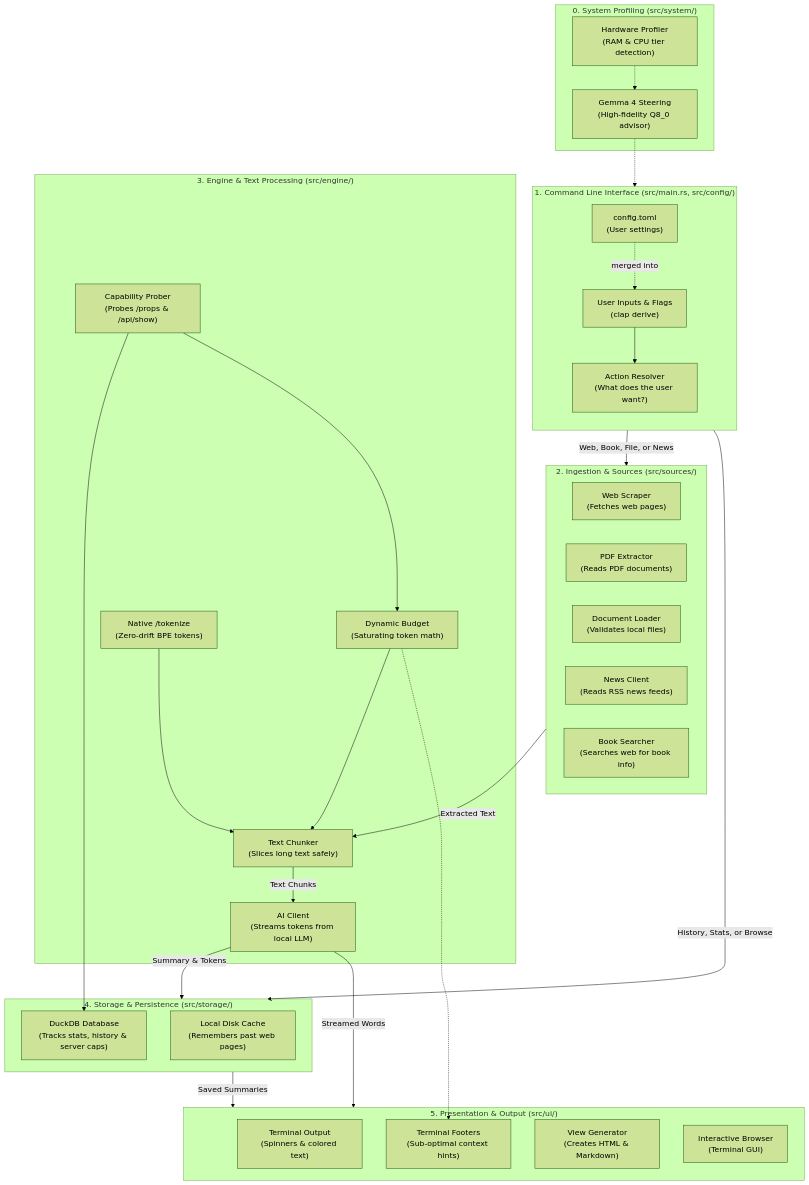
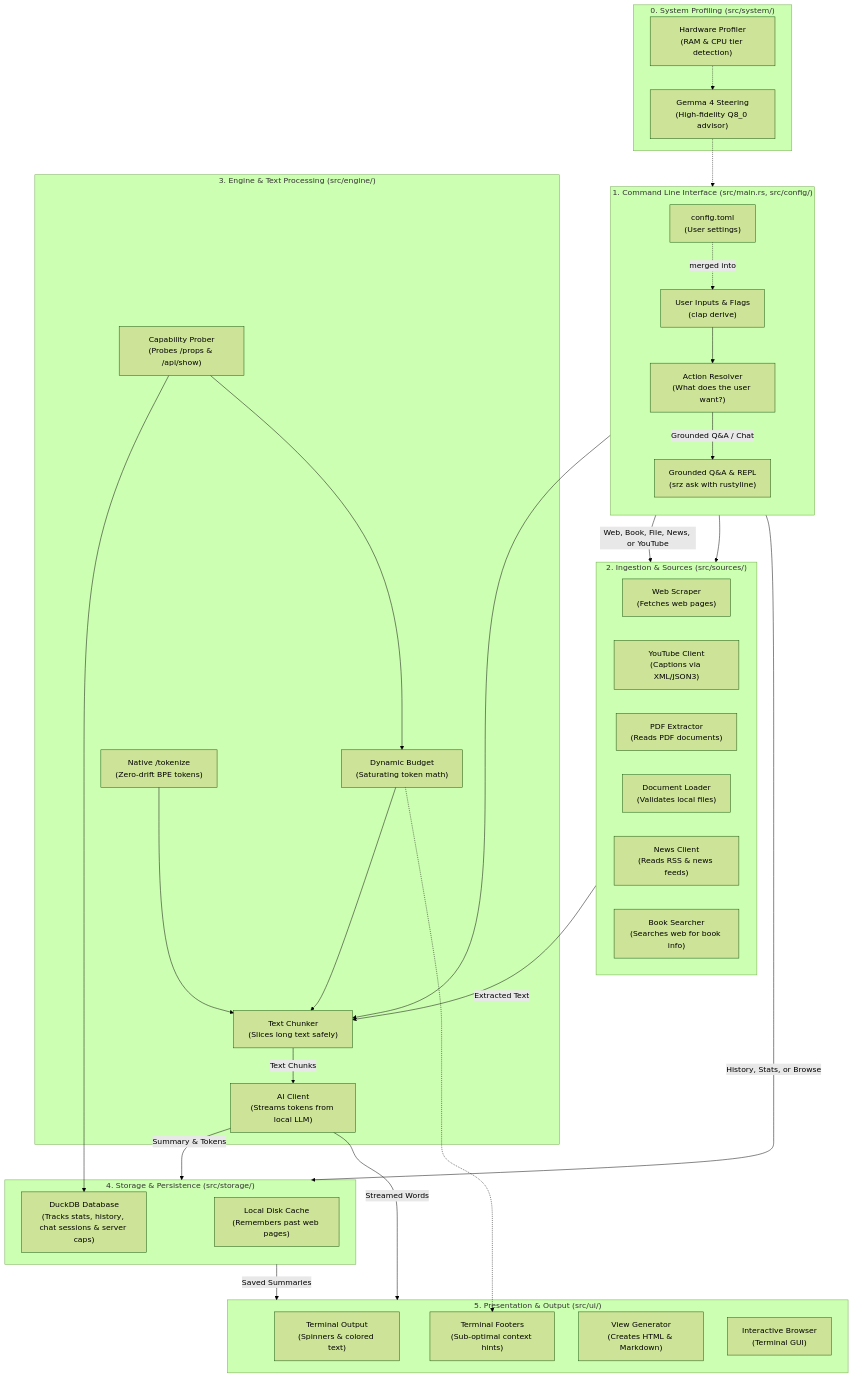
One commit to NewGuy012/srz changed the first of 3 diagrams in docs/src/rust_learning_guide.md. Above: the diagram before and after it, drawn with Mermaid (forest theme). The commit also changed other lines of this file, not shown here.

Commit message:
docs: update rust learning guide to sync with srz v0.7.1 architecture and code

````diff
--- a/docs/src/rust_learning_guide.md
+++ b/docs/src/rust_learning_guide.md
@@ -760,55 +787,60 @@
 ```mermaid
 flowchart TD
     subgraph System ["0. System Profiling (src/system/)"]
         Hw["Hardware Profiler<br/>(RAM & CPU tier detection)"]
         GemmaSteering["Gemma 4 Steering<br/>(High-fidelity Q8_0 advisor)"]
     end
 
     subgraph CLI ["1. Command Line Interface (src/main.rs, src/config/)"]
         direction TB
         Args["User Inputs & Flags<br/>(clap derive)"] --> Resolver["Action Resolver<br/>(What does the user want?)"]
         ConfigFile["config.toml<br/>(User settings)"] -. merged into .-> Args
+        AskFlow["Grounded Q&A & REPL<br/>(srz ask with rustyline)"]
     end
 
     subgraph Sources ["2. Ingestion & Sources (src/sources/)"]
         WebScraper["Web Scraper<br/>(Fetches web pages)"]
+        YouTube["YouTube Client<br/>(Captions via XML/JSON3)"]
         PdfExtractor["PDF Extractor<br/>(Reads PDF documents)"]
         DocLoader["Document Loader<br/>(Validates local files)"]
-        NewsClient["News Client<br/>(Reads RSS news feeds)"]
+        NewsClient["News Client<br/>(Reads RSS & news feeds)"]
         Searcher["Book Searcher<br/>(Searches web for book info)"]
     end
 
     subgraph Engine ["3. Engine & Text Processing (src/engine/)"]
         Discovery["Capability Prober<br/>(Probes /props & /api/show)"]
         BudgetEngine["Dynamic Budget<br/>(Saturating token math)"]
         NativeTokenize["Native /tokenize<br/>(Zero-drift BPE tokens)"]
         Chunker["Text Chunker<br/>(Slices long text safely)"]
         LLM["AI Client<br/>(Streams tokens from local LLM)"]
     end
 
     subgraph Storage ["4. Storage & Persistence (src/storage/)"]
         Cache["Local Disk Cache<br/>(Remembers past web pages)"]
-        DB["DuckDB Database<br/>(Tracks stats, history & server caps)"]
+        DB["DuckDB Database<br/>(Tracks stats, history, chat sessions & server caps)"]
     end
 
     subgraph UI ["5. Presentation & Output (src/ui/)"]
         Printer["Terminal Output<br/>(Spinners & colored text)"]
         Hints["Terminal Footers<br/>(Sub-optimal context hints)"]
         Render["View Generator<br/>(Creates HTML & Markdown)"]
         TUI["Interactive Browser<br/>(Terminal GUI)"]
     end
 
     Hw -.-> GemmaSteering -.-> Resolver
-    Resolver -->|"Web, Book, File, or News"| Sources
+    Resolver -->|"Web, Book, File, News, or YouTube"| Sources
+    Resolver -->|"Grounded Q&A / Chat"| AskFlow
+    AskFlow --> Sources
+    AskFlow --> Chunker
     Sources -->|"Extracted Text"| Chunker
     Discovery --> DB
     Discovery --> BudgetEngine
     NativeTokenize --> Chunker
     BudgetEngine --> Chunker
     Chunker -->|"Text Chunks"| LLM
     LLM -->|"Summary & Tokens"| Storage
     LLM -->|"Streamed Words"| UI
     BudgetEngine -.-> Hints
     Resolver -->|"History, Stats, or Browse"| Storage
     Storage -->|"Saved Summaries"| UI
 ```
````
